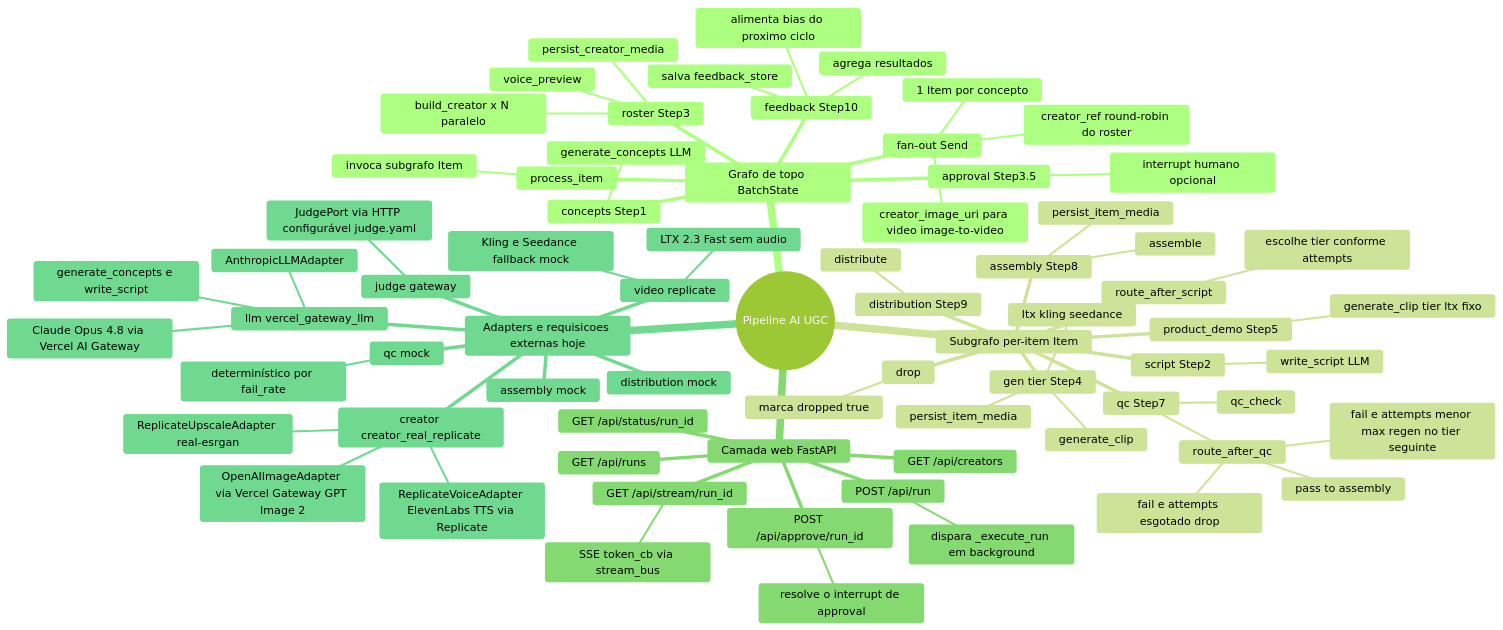
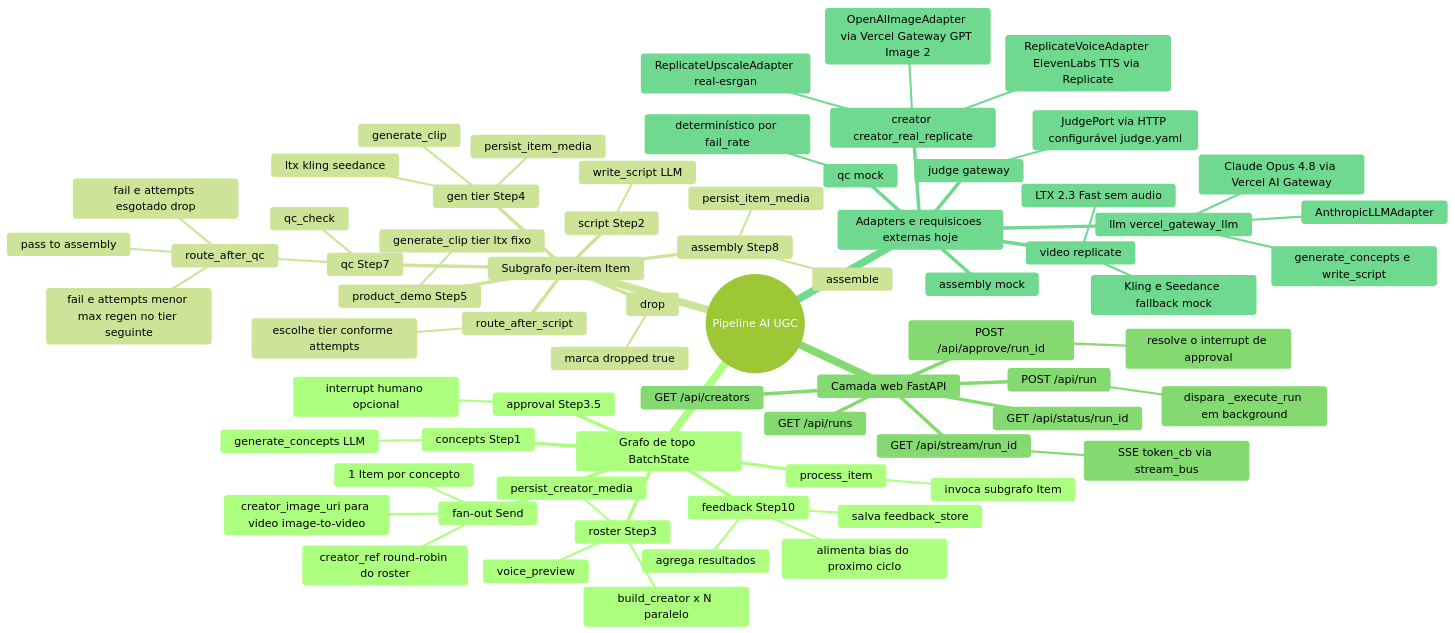
Before and after one commit to Lazaroenrico/video-orchestration-ai: the first of 2 diagrams in docs/FLOW_MINDMAP.md, drawn with Mermaid (forest theme). The commit also changed other lines of this file and 66 other files, not shown here.

````diff
--- a/docs/FLOW_MINDMAP.md
+++ b/docs/FLOW_MINDMAP.md
@@ -9,75 +9,72 @@
 ```mermaid
 mindmap
   root((Pipeline AI UGC))
     Grafo de topo BatchState
       roster Step3
         build_creator x N paralelo
         persist_creator_media
         voice_preview
       approval Step3.5
         interrupt humano opcional
       concepts Step1
         generate_concepts LLM
       fan-out Send
         1 Item por concepto
         creator_ref round-robin do roster
         creator_image_uri para video image-to-video
       process_item
         invoca subgrafo Item
       feedback Step10
         agrega resultados
         salva feedback_store
         alimenta bias do proximo ciclo
     Subgrafo per-item Item
       script Step2
         write_script LLM
       route_after_script
         escolhe tier conforme attempts
       gen tier Step4
         ltx kling seedance
         generate_clip
         persist_item_media
       product_demo Step5
         generate_clip tier ltx fixo
       qc Step7
         qc_check
         route_after_qc
           pass to assembly
           fail e attempts menor max regen no tier seguinte
           fail e attempts esgotado drop
       assembly Step8
         assemble
         persist_item_media
-      distribution Step9
-        distribute
       drop
         marca dropped true
     Camada web FastAPI
       POST /api/run
         dispara _execute_run em background
       GET /api/stream/run_id
         SSE token_cb via stream_bus
       POST /api/approve/run_id
         resolve o interrupt de approval
       GET /api/creators
       GET /api/runs
       GET /api/status/run_id
     Adapters e requisicoes externas hoje
       llm vercel_gateway_llm
         AnthropicLLMAdapter
         Claude Opus 4.8 via Vercel AI Gateway
         generate_concepts e write_script
       creator creator_real_replicate
         OpenAIImageAdapter via Vercel Gateway GPT Image 2
         ReplicateUpscaleAdapter real-esrgan
         ReplicateVoiceAdapter ElevenLabs TTS via Replicate
       video replicate
         LTX 2.3 Fast sem audio
         Kling e Seedance fallback mock
       qc mock
         determinístico por fail_rate
       assembly mock
-      distribution mock
       judge gateway
         JudgePort via HTTP configurável judge.yaml
 ```
````
